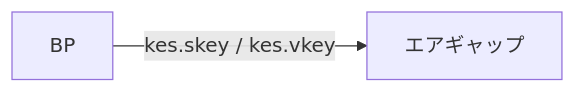
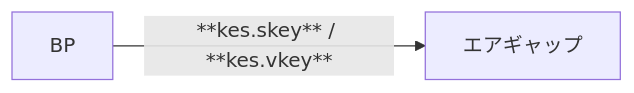
Before and after one commit to btbf/spojapanguild: the first of 2 diagrams in docs/operation/kes-update.md, drawn with Mermaid. The commit also changed other lines of this file and 4 other files, not shown here.

````diff
--- a/docs/operation/kes-update.md
+++ b/docs/operation/kes-update.md
@@ -65,4 +69,4 @@
-    ``` mermaid
+    ```mermaid
     graph LR
-        A[BP] -->|kes.skey / kes.vkey| B[エアギャップ];
+        A[BP] -->|**kes.skey** / **kes.vkey**| B[エアギャップ];
     ``` 
````
